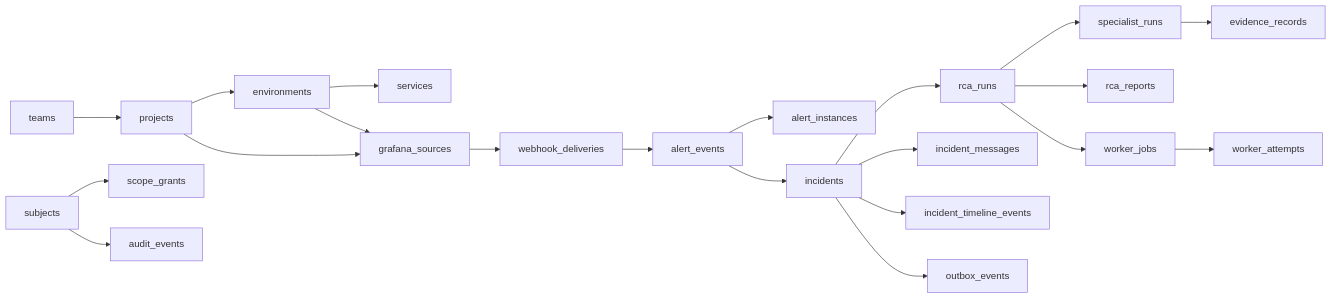
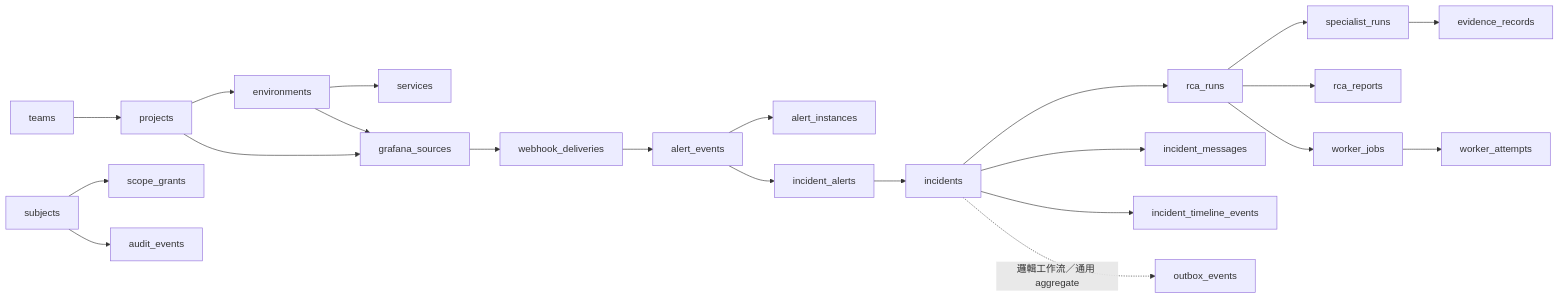
One commit to LinYungYuan/cloud-sre-ai-agent changed the diagram in docs/database/postgresql-schema.md. Above: the diagram before and after it, drawn with Mermaid. The commit also changed other lines of this file and 1 other file, not shown here.

Commit message:
test: harden schema reference validation

````diff
--- a/docs/database/postgresql-schema.md
+++ b/docs/database/postgresql-schema.md
@@ -35,17 +35,17 @@
 ```mermaid
 flowchart LR
     Team[teams] --> Project[projects] --> Environment[environments] --> Service[services]
     Subject[subjects] --> Grant[scope_grants]
     Project --> Source[grafana_sources]
     Environment --> Source
     Source --> Delivery[webhook_deliveries]
     Delivery --> Event[alert_events] --> Instance[alert_instances]
-    Event --> Incident[incidents]
+    Event --> IncidentAlert[incident_alerts] --> Incident[incidents]
     Incident --> RCA[rca_runs] --> Specialist[specialist_runs] --> Evidence[evidence_records]
     RCA --> Report[rca_reports]
     Incident --> Message[incident_messages]
     Incident --> Timeline[incident_timeline_events]
     RCA --> Job[worker_jobs] --> Attempt[worker_attempts]
-    Incident --> Outbox[outbox_events]
+    Incident -. "邏輯工作流／通用 aggregate" .-> Outbox[outbox_events]
     Subject --> Audit[audit_events]
 ```
````
